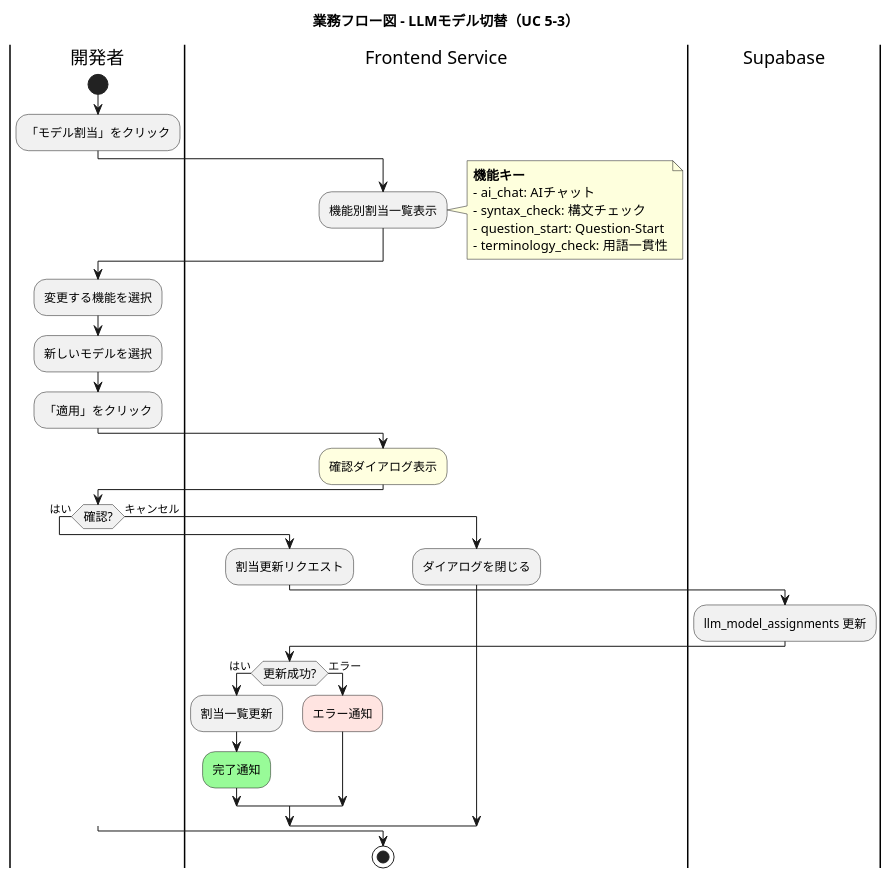
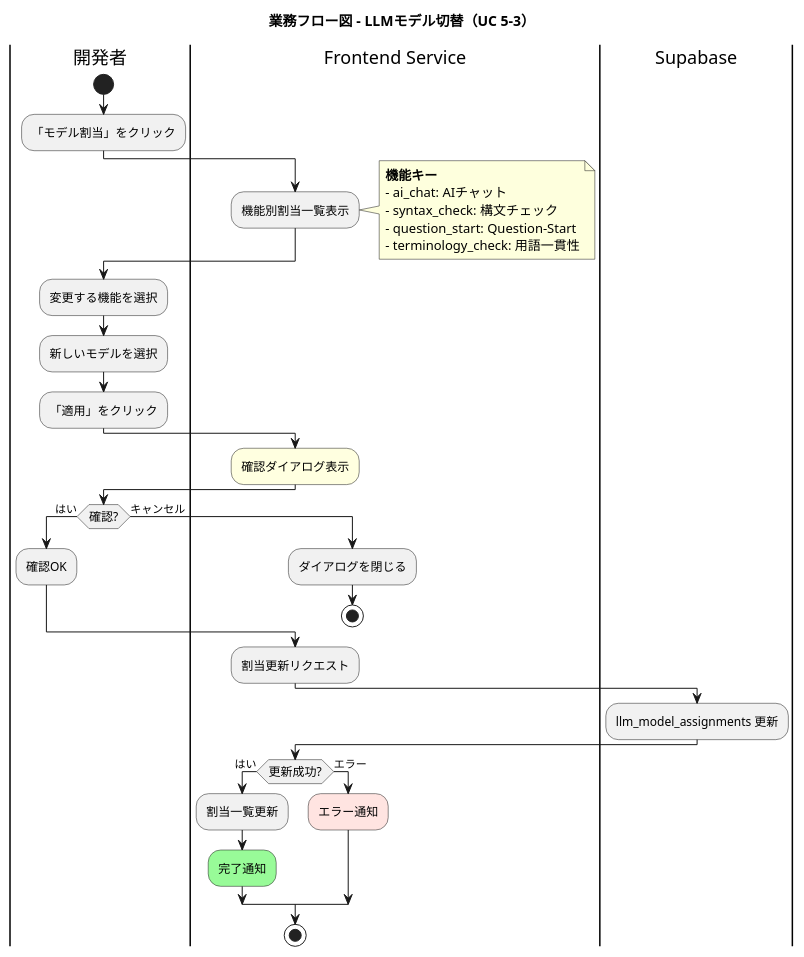
Before and after one commit to yoshiwo3/PlantUML2_Opus4.5: diagram 24 of 29 in docs/proposals/PlantUML_Studio_業務フロー図_20251201.md, drawn with PlantUML. The commit also changed other lines of this file and 7 other files, not shown here.

````diff
--- a/docs/proposals/PlantUML_Studio_業務フロー図_20251201.md
+++ b/docs/proposals/PlantUML_Studio_業務フロー図_20251201.md
@@ -2142,52 +2171,55 @@
 ```plantuml
 @startuml business_flow_llm_model_switch
 skinparam ActivityFontSize 12
 skinparam ConditionEndStyle hline
 
 title 業務フロー図 - LLMモデル切替（UC 5-3）
 
 |開発者|
 start
 :「モデル割当」をクリック;
 
 |Frontend Service|
 :機能別割当一覧表示;
 note right
   **機能キー**
   - ai_chat: AIチャット
   - syntax_check: 構文チェック
   - question_start: Question-Start
   - terminology_check: 用語一貫性
 end note
 
 |開発者|
 :変更する機能を選択;
 :新しいモデルを選択;
 :「適用」をクリック;
 
 |Frontend Service|
 #lightyellow:確認ダイアログ表示;
 
 |開発者|
 if (確認?) then (はい)
-  |Frontend Service|
-  :割当更新リクエスト;
-
-  |Supabase|
-  :llm_model_assignments 更新;
-
-  |Frontend Service|
-  if (更新成功?) then (はい)
-    :割当一覧更新;
-    #palegreen:完了通知;
-  else (エラー)
-    #mistyrose:エラー通知;
-  endif
+  :確認OK;
 else (キャンセル)
   |Frontend Service|
   :ダイアログを閉じる;
+  stop
+endif
+
+|Frontend Service|
+:割当更新リクエスト;
+
+|Supabase|
+:llm_model_assignments 更新;
+
+|Frontend Service|
+if (更新成功?) then (はい)
+  :割当一覧更新;
+  #palegreen:完了通知;
+else (エラー)
+  #mistyrose:エラー通知;
 endif
 stop
 
 @enduml
 ```
````
